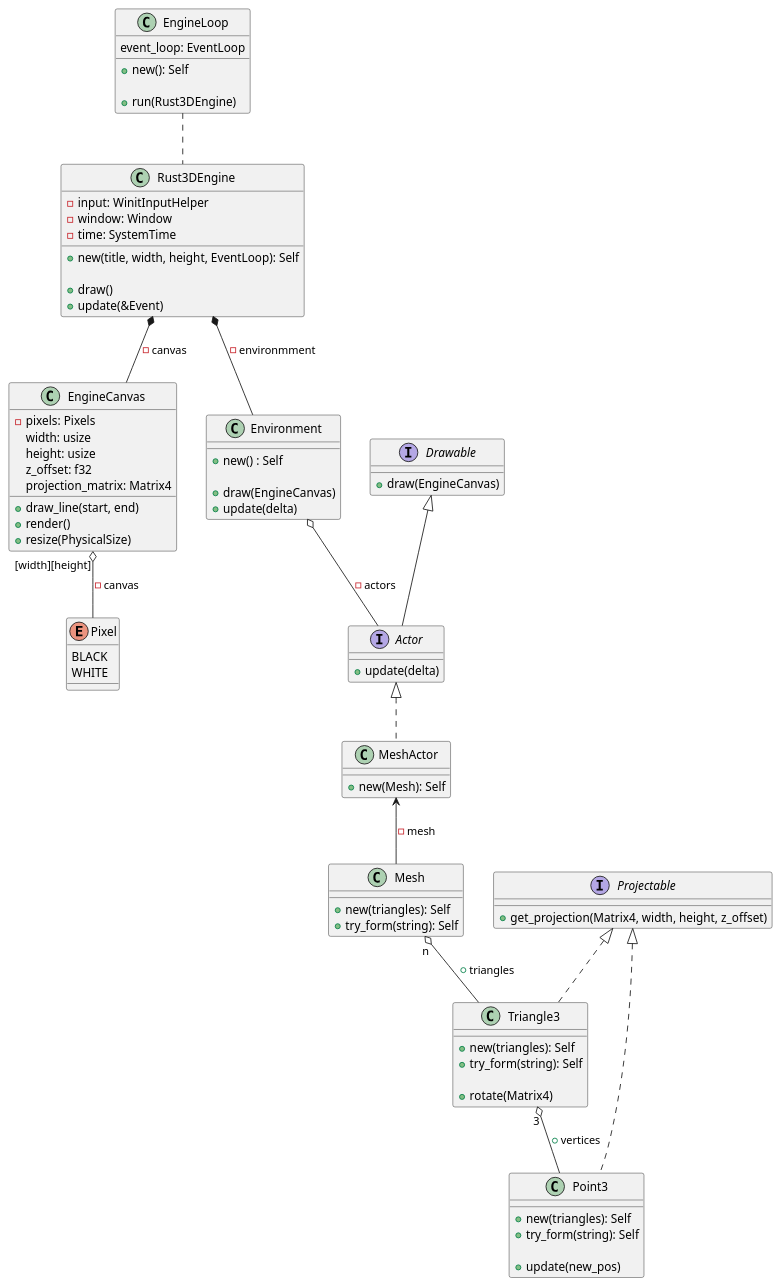
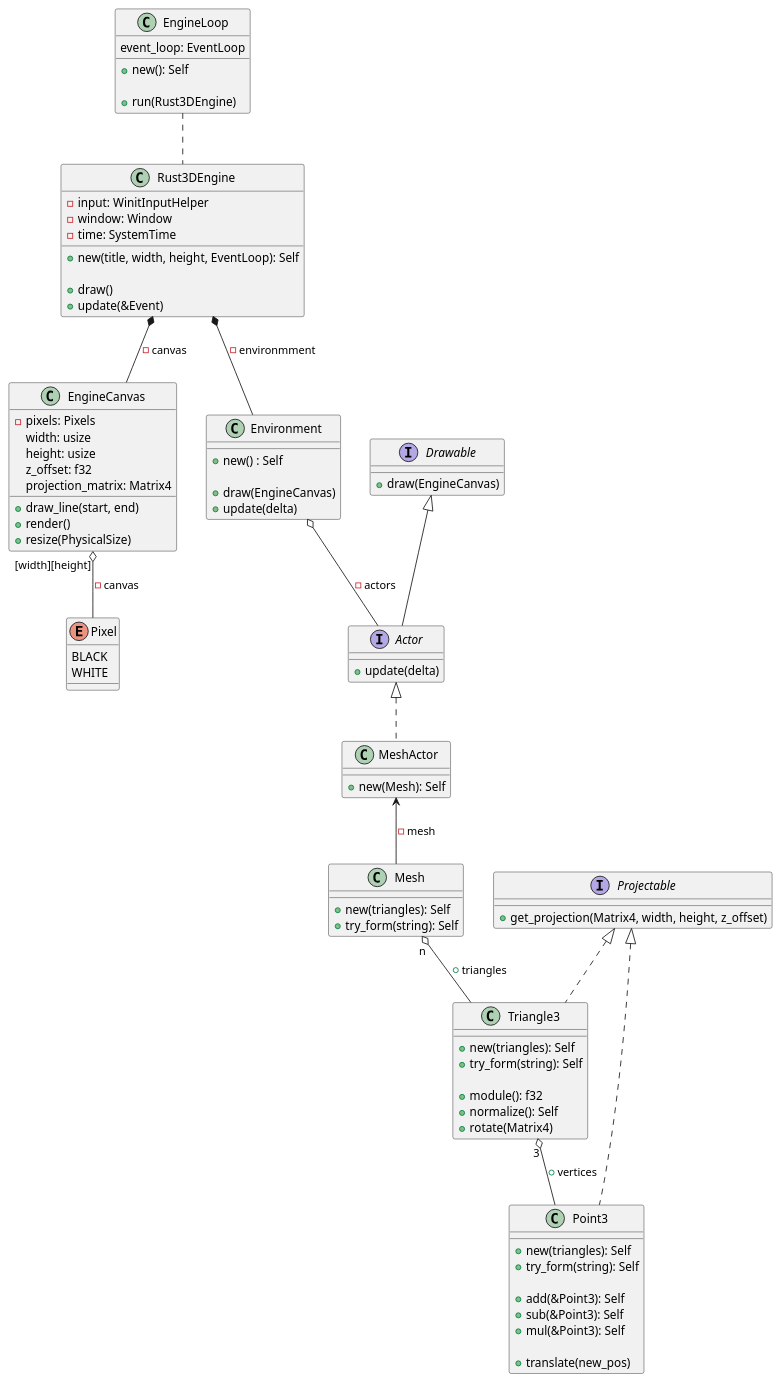
Before and after one commit to kriogenia/ferrux_engine: the diagram in doc/class.puml, drawn with PlantUML. The commit also changed 7 other files, not shown here.

```diff
--- a/doc/class.puml
+++ b/doc/class.puml
@@ -1,95 +1,101 @@
 @startuml
 'https://plantuml.com/class-diagram
 
 class EngineLoop {
     event_loop: EventLoop
 
     + new(): Self
 
     + run(Rust3DEngine)
 }
 
 class Rust3DEngine {
     - input: WinitInputHelper
     - window: Window
     - time: SystemTime
 
     + new(title, width, height, EventLoop): Self
 
     + draw()
     + update(&Event)
 }
 
 class EngineCanvas {
 	- pixels: Pixels
 	width: usize
 	height: usize
 	z_offset: f32
 	projection_matrix: Matrix4
 
 	+ draw_line(start, end)
 	+ render()
 	+ resize(PhysicalSize)
 }
 
 enum Pixel {
     BLACK
     WHITE
 }
 
 class Environment {
     + new() : Self
 
     + draw(EngineCanvas)
     + update(delta)
 }
 
 interface Drawable {
     + draw(EngineCanvas)
 }
 
 interface Actor {
     + update(delta)
 }
 
 interface Projectable {
     + get_projection(Matrix4, width, height, z_offset)
 }
 
 class MeshActor {
     + new(Mesh): Self
 }
 
 class Mesh {
     + new(triangles): Self
     + try_form(string): Self
 }
 
 class Triangle3 {
     + new(triangles): Self
     + try_form(string): Self
 
-    +rotate(Matrix4)
+    + module(): f32
+    + normalize(): Self
+    + rotate(Matrix4)
 }
 
 class Point3 {
     + new(triangles): Self
     + try_form(string): Self
 
-    + update(new_pos)
+    + add(&Point3): Self
+    + sub(&Point3): Self
+    + mul(&Point3): Self
+
+    + translate(new_pos)
 }
 
 EngineLoop .. Rust3DEngine
 Rust3DEngine *-- EngineCanvas : -canvas
 Rust3DEngine *-- Environment : -environmment
 EngineCanvas "[width][height]" o-- Pixel : -canvas
 Drawable <|-- Actor
 Environment o-- Actor : -actors
 Actor <|.. MeshActor
 MeshActor <-- Mesh : - mesh
 Mesh "n" o-- Triangle3 : + triangles
 Triangle3 "3" o-- Point3 : + vertices
 Projectable <|.. Triangle3
 Projectable <|.. Point3
 
 @enduml
```
